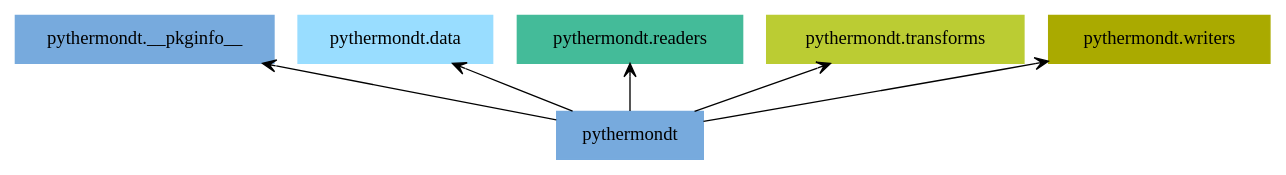
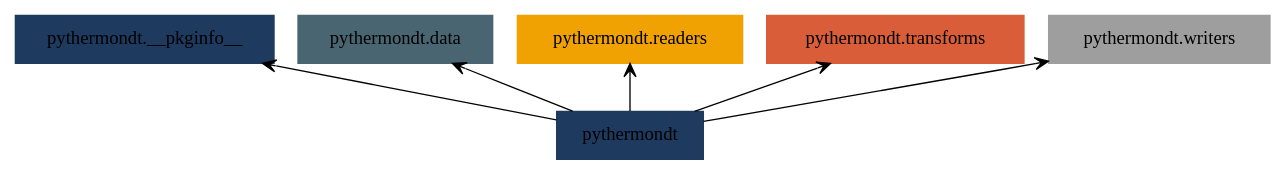
One commit to voidsy-gmbh/pyThermoNDT changed the diagram in docs/pyreverse/packages_pythermondt.gv. Above: the diagram before and after it, drawn with Graphviz. The commit also changed 25 other files, not shown here.

Commit message:
Update pyreverse diagrams

```diff
--- a/docs/pyreverse/packages_pythermondt.gv
+++ b/docs/pyreverse/packages_pythermondt.gv
@@ -1,15 +1,15 @@
 digraph "packages_pythermondt" {
 rankdir=BT
 charset="utf-8"
-"pythermondt" [color="#77AADD", label=<pythermondt>, shape="box", style="filled"];
-"pythermondt.__pkginfo__" [color="#77AADD", label=<pythermondt.__pkginfo__>, shape="box", style="filled"];
-"pythermondt.data" [color="#99DDFF", label=<pythermondt.data>, shape="box", style="filled"];
-"pythermondt.readers" [color="#44BB99", label=<pythermondt.readers>, shape="box", style="filled"];
-"pythermondt.transforms" [color="#BBCC33", label=<pythermondt.transforms>, shape="box", style="filled"];
-"pythermondt.writers" [color="#AAAA00", label=<pythermondt.writers>, shape="box", style="filled"];
+"pythermondt" [color="#1E3A5F", label=<pythermondt>, shape="box", style="filled"];
+"pythermondt.__pkginfo__" [color="#1E3A5F", label=<pythermondt.__pkginfo__>, shape="box", style="filled"];
+"pythermondt.data" [color="#4A6572", label=<pythermondt.data>, shape="box", style="filled"];
+"pythermondt.readers" [color="#F0A202", label=<pythermondt.readers>, shape="box", style="filled"];
+"pythermondt.transforms" [color="#D95D39", label=<pythermondt.transforms>, shape="box", style="filled"];
+"pythermondt.writers" [color="#9E9E9E", label=<pythermondt.writers>, shape="box", style="filled"];
 "pythermondt" -> "pythermondt.__pkginfo__" [arrowhead="open", arrowtail="none"];
 "pythermondt" -> "pythermondt.data" [arrowhead="open", arrowtail="none"];
 "pythermondt" -> "pythermondt.readers" [arrowhead="open", arrowtail="none"];
 "pythermondt" -> "pythermondt.transforms" [arrowhead="open", arrowtail="none"];
 "pythermondt" -> "pythermondt.writers" [arrowhead="open", arrowtail="none"];
 }
```
